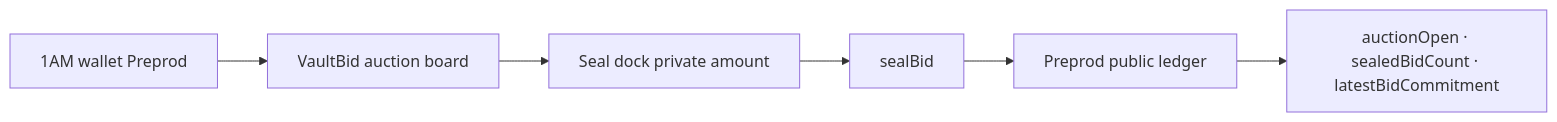
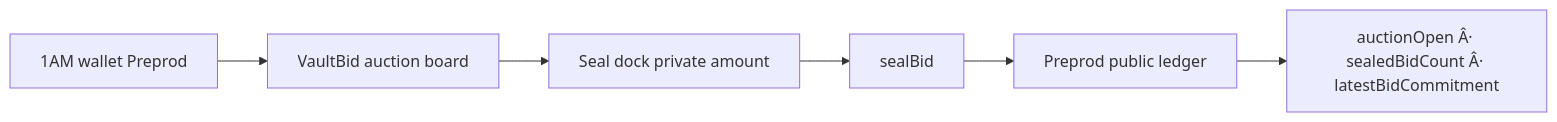
One commit to nikkunjtayal/seal-vault changed the diagram in README.md. Above: the diagram before and after it, drawn with Mermaid. The commit also changed other lines of this file and 2 other files, not shown here.

Commit message:
docs: record VaultBid live Vercel URL

````diff
--- a/README.md
+++ b/README.md
@@ -32,13 +32,13 @@
 ```mermaid
 flowchart LR
   Wallet[1AM wallet Preprod]
   Board[VaultBid auction board]
   Dock[Seal dock private amount]
   Circuit[sealBid]
   Ledger[Preprod public ledger]
   Wallet --> Board
   Board --> Dock
   Dock --> Circuit
   Circuit --> Ledger
-  Ledger --> Public["auctionOpen · sealedBidCount · latestBidCommitment"]
+  Ledger --> Public["auctionOpen Â· sealedBidCount Â· latestBidCommitment"]
 ```
````
